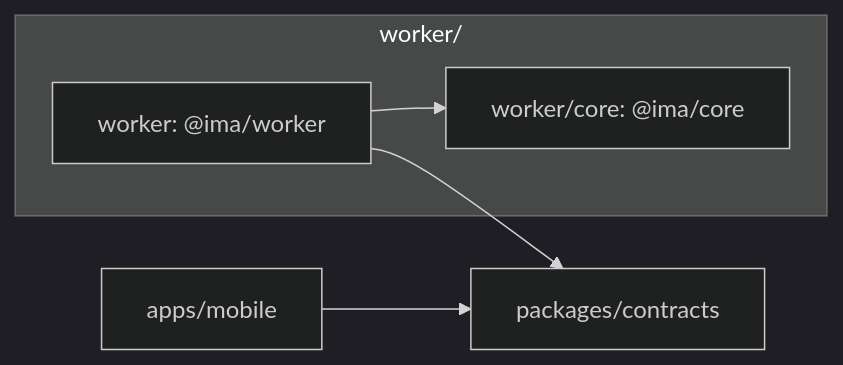
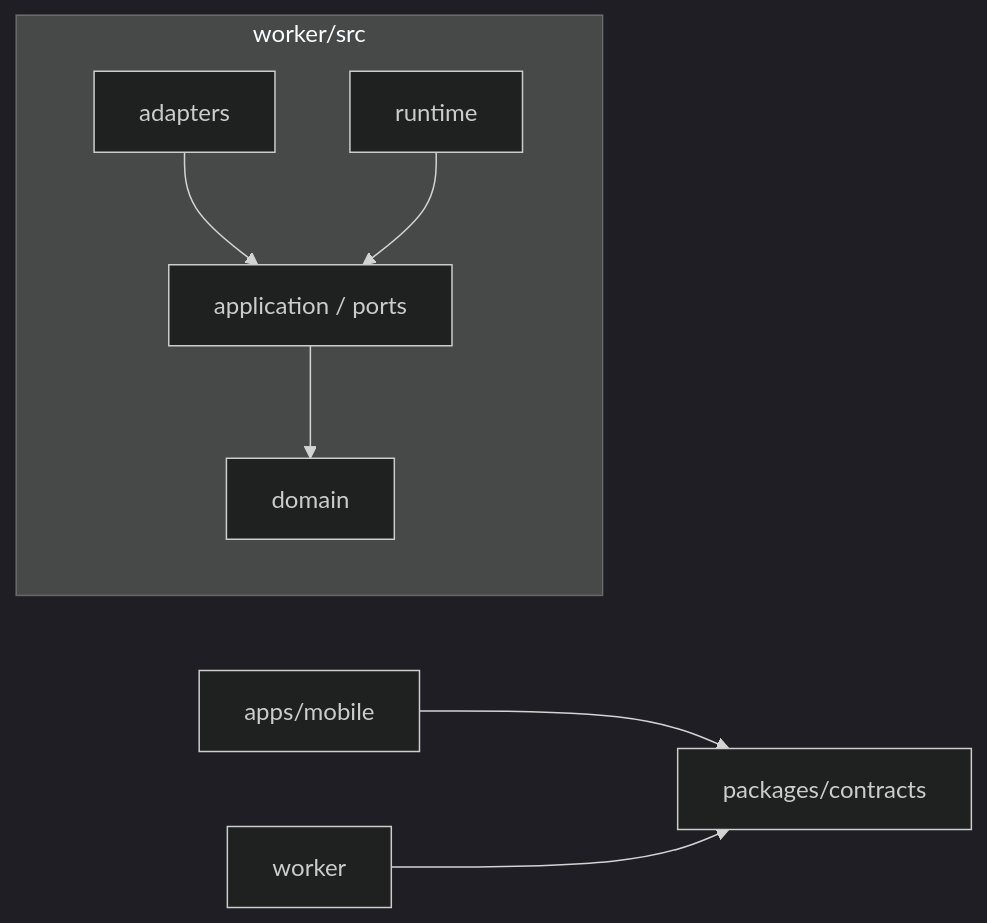
The first of 2 diagrams in docs/architecture.md (takapom/ima-app), drawn with Mermaid (dark theme) before and after one commit. The commit also changed other lines of this file and 905 other files, not shown here.

````diff
--- a/docs/architecture.md
+++ b/docs/architecture.md
@@ -7,8 +7,10 @@
 ```mermaid
 flowchart LR
   Mobile[apps/mobile] --> Contracts[packages/contracts]
-  subgraph Backend[worker/]
-    Worker["worker: @ima/worker"] --> Core["worker/core: @ima/core"]
+  Worker[worker] --> Contracts
+  subgraph WorkerSource[worker/src]
+    Adapters[adapters] --> Application[application / ports]
+    Runtime[runtime] --> Application
+    Application --> Domain[domain]
   end
-  Worker --> Contracts
 ```
````
